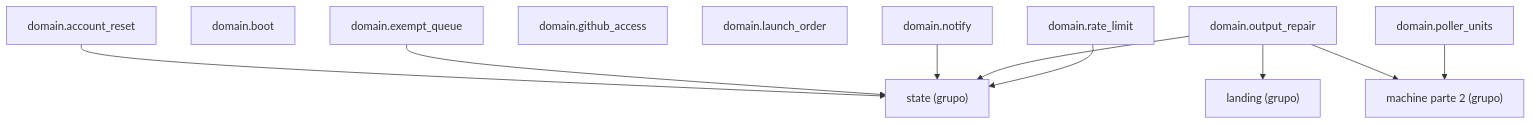
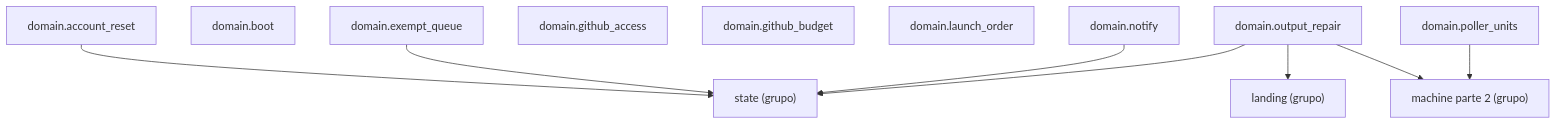
One commit to GonzaloZevallos/agentic-system changed the diagram in docs/architecture/generated/packages-process-domain-machine-1.md. Above: the diagram before and after it, drawn with Mermaid. The commit also changed 10 other files, not shown here.

````diff
--- a/docs/architecture/generated/packages-process-domain-machine-1.md
+++ b/docs/architecture/generated/packages-process-domain-machine-1.md
@@ -13,23 +13,22 @@
 ```mermaid
 graph TD
     g_domain__landing["landing (grupo)"]
     g_domain__machine__2["machine parte 2 (grupo)"]
     g_domain__state["state (grupo)"]
     m_domain__account_reset["domain.account_reset"]
     m_domain__boot["domain.boot"]
     m_domain__exempt_queue["domain.exempt_queue"]
     m_domain__github_access["domain.github_access"]
+    m_domain__github_budget["domain.github_budget"]
     m_domain__launch_order["domain.launch_order"]
     m_domain__notify["domain.notify"]
     m_domain__output_repair["domain.output_repair"]
     m_domain__poller_units["domain.poller_units"]
-    m_domain__rate_limit["domain.rate_limit"]
     m_domain__account_reset --> g_domain__state
     m_domain__exempt_queue --> g_domain__state
     m_domain__notify --> g_domain__state
     m_domain__output_repair --> g_domain__landing
     m_domain__output_repair --> g_domain__machine__2
     m_domain__output_repair --> g_domain__state
     m_domain__poller_units --> g_domain__machine__2
-    m_domain__rate_limit --> g_domain__state
 ```
````
